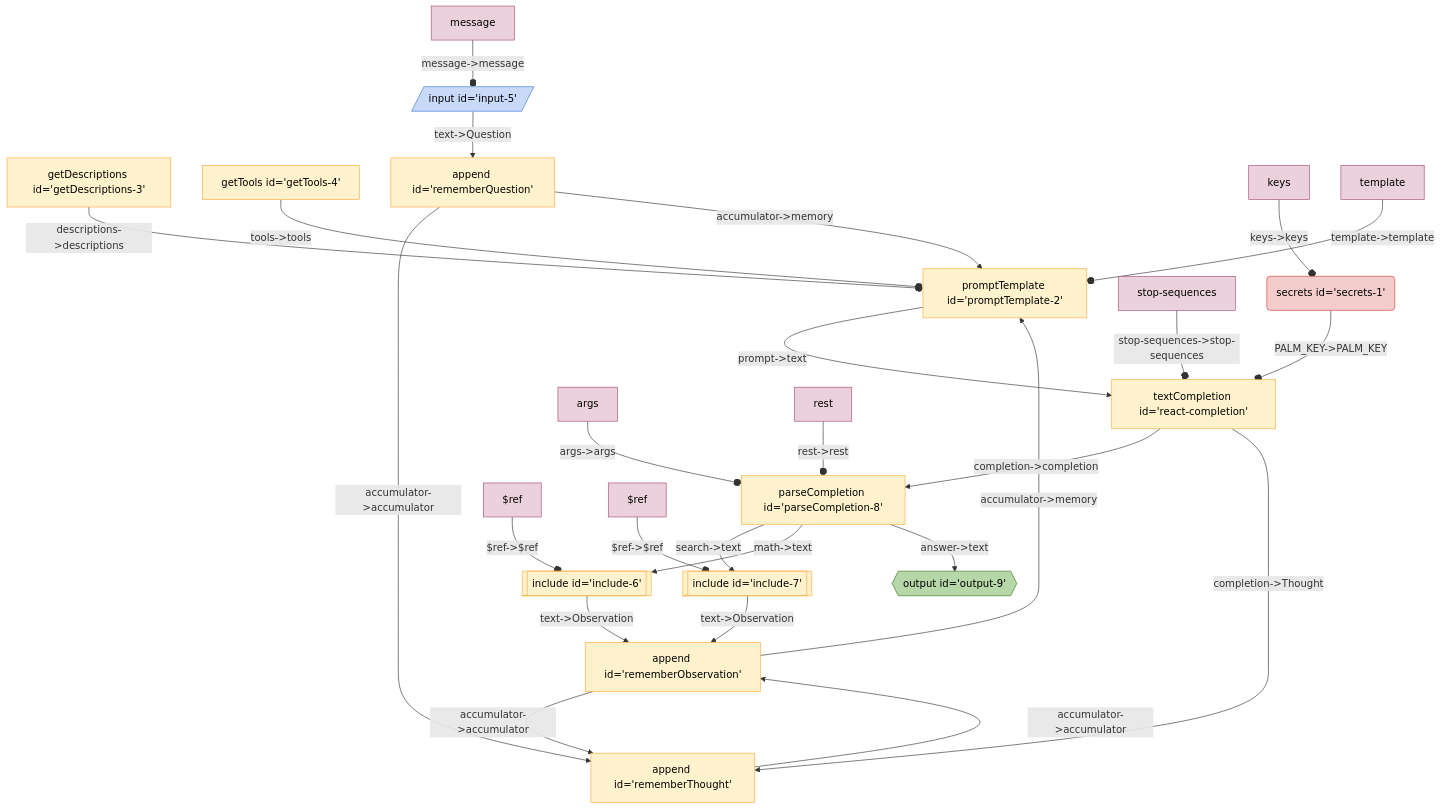
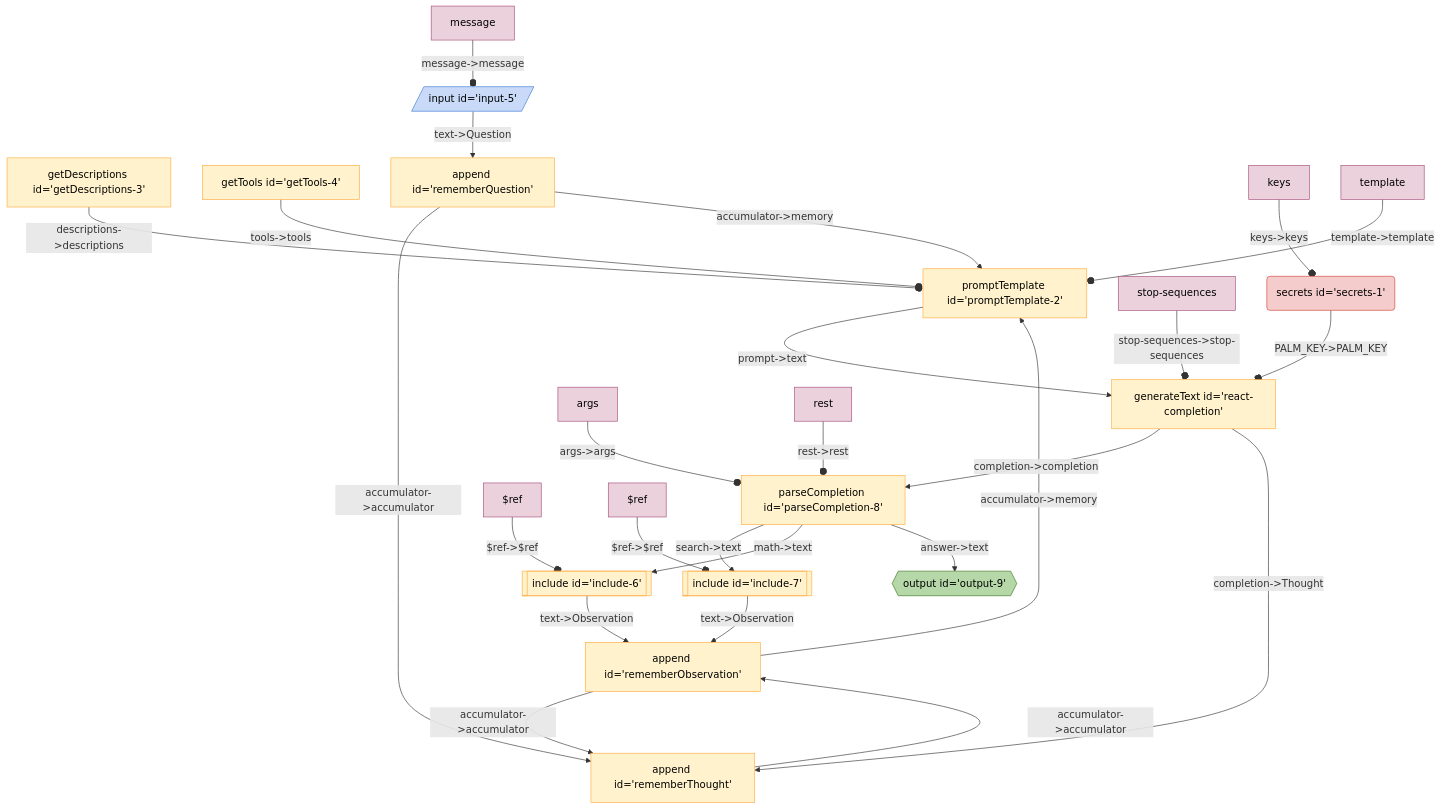
Before and after one commit to breadboard-ai/breadboard: the diagram in seeds/graph-playground/docs/graphs/react-with-include.md, drawn with Mermaid. The commit also changed 63 other files, not shown here.

First line of the commit message:
[llm-starter] Rename `textCompletion` to `generateText`.

````diff
--- a/seeds/graph-playground/docs/graphs/react-with-include.md
+++ b/seeds/graph-playground/docs/graphs/react-with-include.md
@@ -5,37 +5,37 @@
   ```mermaid
   %%{init: 'themeVariables': { 'fontFamily': 'Fira Code, monospace' }}%%
 graph TD;
 getDescriptions3["getDescriptions id='getDescriptions-3'"] -- "descriptions->descriptions" --o promptTemplate2["promptTemplate id='promptTemplate-2'"]
 getTools4["getTools id='getTools-4'"] -- "tools->tools" --o promptTemplate2["promptTemplate id='promptTemplate-2'"]
 rememberObservation["append id='rememberObservation'"] -- "accumulator->memory" --> promptTemplate2["promptTemplate id='promptTemplate-2'"]
 rememberThought["append id='rememberThought'"] -- "accumulator->accumulator" --> rememberObservation["append id='rememberObservation'"]
 rememberObservation["append id='rememberObservation'"] -- "accumulator->accumulator" --> rememberThought["append id='rememberThought'"]
 rememberQuestion["append id='rememberQuestion'"] -- "accumulator->accumulator" --> rememberThought["append id='rememberThought'"]
 rememberQuestion["append id='rememberQuestion'"] -- "accumulator->memory" --> promptTemplate2["promptTemplate id='promptTemplate-2'"]
 input5[/"input id='input-5'"/]:::input -- "text->Question" --> rememberQuestion["append id='rememberQuestion'"]
-secrets1("secrets id='secrets-1'"):::secrets -- "PALM_KEY->PALM_KEY" --o reactcompletion["textCompletion id='react-completion'"]
+secrets1("secrets id='secrets-1'"):::secrets -- "PALM_KEY->PALM_KEY" --o reactcompletion["generateText id='react-completion'"]
 include6[["include id='include-6'"]]:::include -- "text->Observation" --> rememberObservation["append id='rememberObservation'"]
 include7[["include id='include-7'"]]:::include -- "text->Observation" --> rememberObservation["append id='rememberObservation'"]
 parseCompletion8["parseCompletion id='parseCompletion-8'"] -- "search->text" --> include7[["include id='include-7'"]]:::include
 parseCompletion8["parseCompletion id='parseCompletion-8'"] -- "math->text" --> include6[["include id='include-6'"]]:::include
 parseCompletion8["parseCompletion id='parseCompletion-8'"] -- "answer->text" --> output9{{"output id='output-9'"}}:::output
-reactcompletion["textCompletion id='react-completion'"] -- "completion->completion" --> parseCompletion8["parseCompletion id='parseCompletion-8'"]
-reactcompletion["textCompletion id='react-completion'"] -- "completion->Thought" --> rememberThought["append id='rememberThought'"]
-promptTemplate2["promptTemplate id='promptTemplate-2'"] -- "prompt->text" --> reactcompletion["textCompletion id='react-completion'"]
+reactcompletion["generateText id='react-completion'"] -- "completion->completion" --> parseCompletion8["parseCompletion id='parseCompletion-8'"]
+reactcompletion["generateText id='react-completion'"] -- "completion->Thought" --> rememberThought["append id='rememberThought'"]
+promptTemplate2["promptTemplate id='promptTemplate-2'"] -- "prompt->text" --> reactcompletion["generateText id='react-completion'"]
 keyssecrets1[keys]:::config -- "keys->keys" --o secrets1
 templatepromptTemplate2[template]:::config -- "template->template" --o promptTemplate2
 messageinput5[message]:::config -- "message->message" --o input5
 stopsequencesreactcompletion[stop-sequences]:::config -- "stop-sequences->stop-sequences" --o reactcompletion
 $refinclude6[$ref]:::config -- "$ref->$ref" --o include6
 $refinclude7[$ref]:::config -- "$ref->$ref" --o include7
 argsparseCompletion8[args]:::config -- "args->args" --o parseCompletion8
 restparseCompletion8[rest]:::config -- "rest->rest" --o parseCompletion8
 classDef default stroke:#ffab40,fill:#fff2ccff,color:#000
 classDef input stroke:#3c78d8,fill:#c9daf8ff,color:#000
 classDef output stroke:#38761d,fill:#b6d7a8ff,color:#000
 classDef passthrough stroke:#a64d79,fill:#ead1dcff,color:#000
 classDef slot stroke:#a64d79,fill:#ead1dcff,color:#000
 classDef config stroke:#a64d79,fill:#ead1dcff,color:#000
 classDef secrets stroke:#db4437,fill:#f4cccc,color:#000
 classDef slotted stroke:#a64d79
   ```
````
